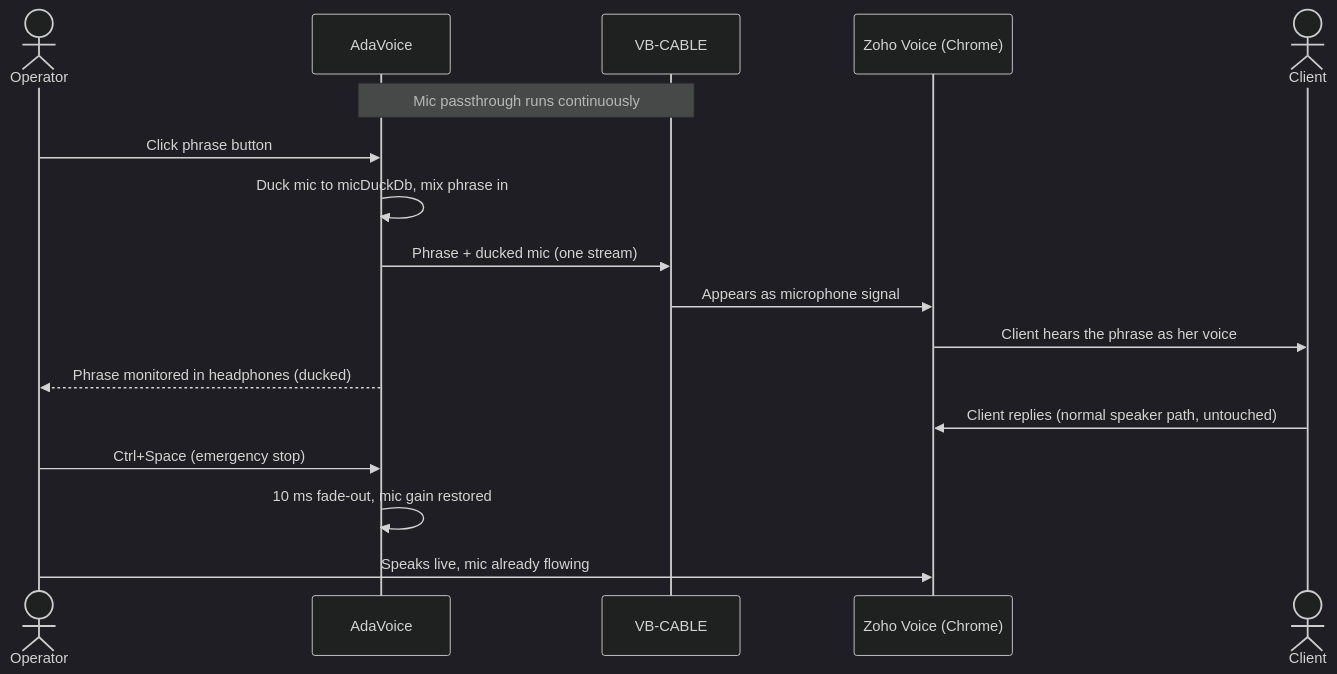
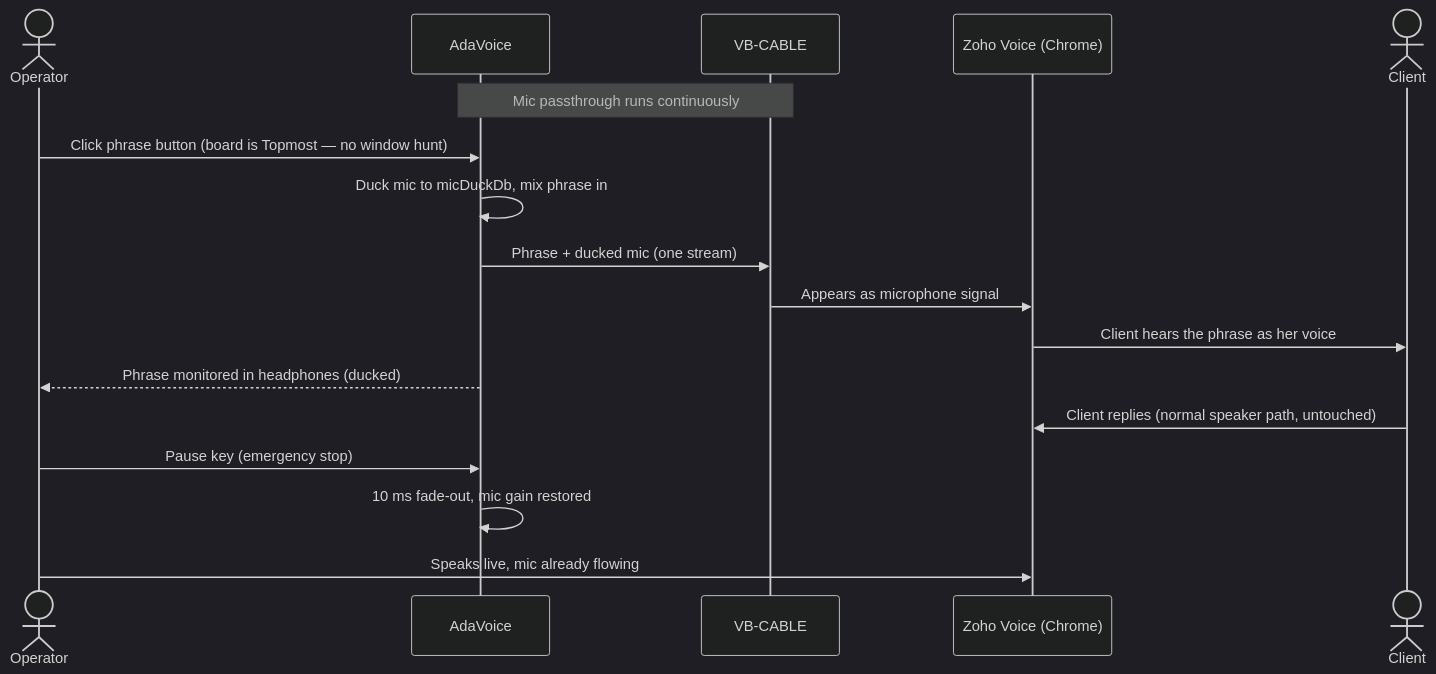
The diagram in docs/design/01-overview.md (olehserv/ada-voice), drawn with Mermaid (dark theme) before and after one commit. The commit also changed other lines of this file and 9 other files, not shown here.

````diff
--- a/docs/design/01-overview.md
+++ b/docs/design/01-overview.md
@@ -90,20 +115,20 @@
 ```mermaid
 sequenceDiagram
     actor Op as Operator
     participant AV as AdaVoice
     participant VC as VB-CABLE
     participant ZV as Zoho Voice (Chrome)
     actor Cl as Client
 
     Note over AV,VC: Mic passthrough runs continuously
-    Op->>AV: Click phrase button
+    Op->>AV: Click phrase button (board is Topmost — no window hunt)
     AV->>AV: Duck mic to micDuckDb, mix phrase in
     AV->>VC: Phrase + ducked mic (one stream)
     VC->>ZV: Appears as microphone signal
     ZV->>Cl: Client hears the phrase as her voice
     AV-->>Op: Phrase monitored in headphones (ducked)
     Cl->>ZV: Client replies (normal speaker path, untouched)
-    Op->>AV: Ctrl+Space (emergency stop)
+    Op->>AV: Pause key (emergency stop)
     AV->>AV: 10 ms fade-out, mic gain restored
     Op->>ZV: Speaks live, mic already flowing
 ```
````
